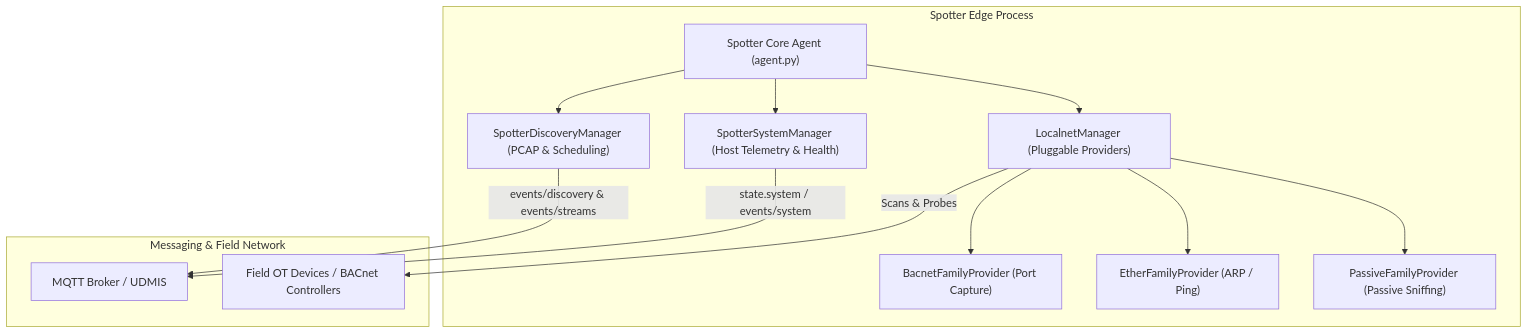
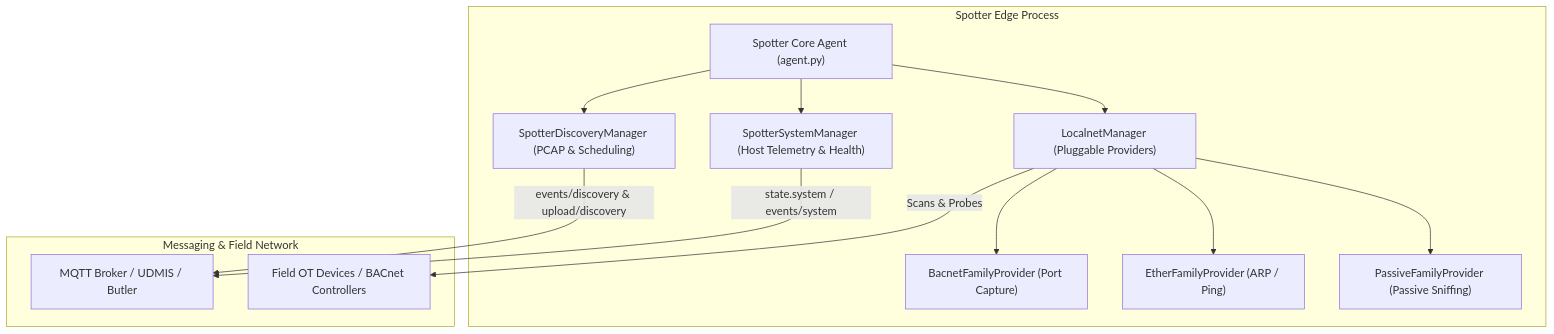
One commit to faucetsdn/udmi changed the diagram in docs/tools/spotter.md. Above: the diagram before and after it, drawn with Mermaid. The commit also changed other lines of this file and 22 other files, not shown here.

First line of the commit message:
Overhaul Spotter for UDMI discovery compliance and upload/discovery PCAP streaming

````diff
--- a/docs/tools/spotter.md
+++ b/docs/tools/spotter.md
@@ -24,30 +24,30 @@
 ```mermaid
 graph TD
     subgraph "Spotter Edge Process"
         AGENT["Spotter Core Agent (agent.py)"]
         SYS["SpotterSystemManager (Host Telemetry & Health)"]
         DISC["SpotterDiscoveryManager (PCAP & Scheduling)"]
         LOC["LocalnetManager (Pluggable Providers)"]
         
         BAC["BacnetFamilyProvider (Port Capture)"]
         ETH["EtherFamilyProvider (ARP / Ping)"]
         PAS["PassiveFamilyProvider (Passive Sniffing)"]
         
         AGENT --> SYS
         AGENT --> DISC
         AGENT --> LOC
         
         LOC --> BAC
         LOC --> ETH
         LOC --> PAS
     end
 
     subgraph "Messaging & Field Network"
-        MB["MQTT Broker / UDMIS"]
+        MB["MQTT Broker / UDMIS / Butler"]
         DEV["Field OT Devices / BACnet Controllers"]
     end
 
     SYS -->|"state.system / events/system"| MB
-    DISC -->|"events/discovery & events/streams"| MB
+    DISC -->|"events/discovery & upload/discovery"| MB
     LOC -->|"Scans & Probes"| DEV
 ```
````
